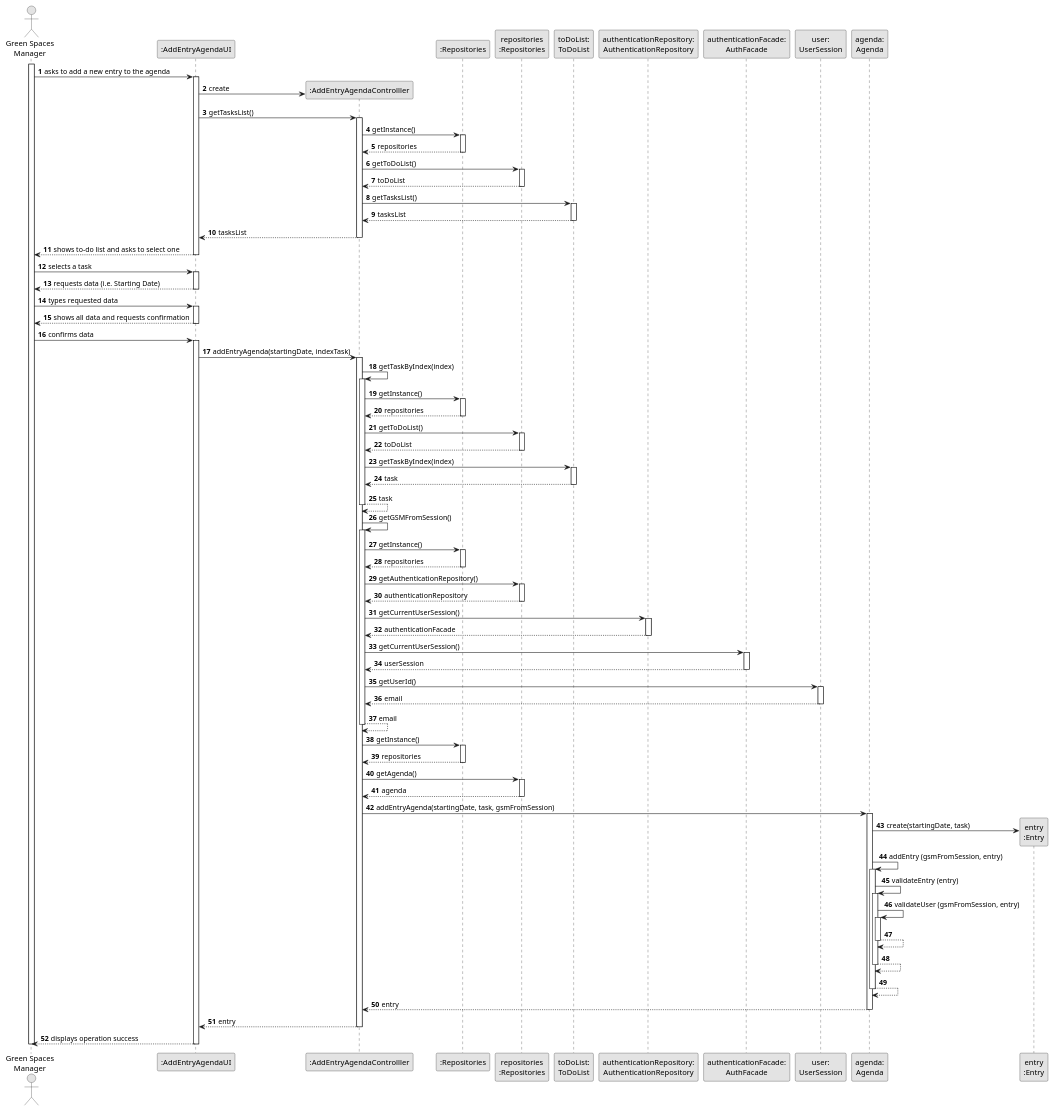
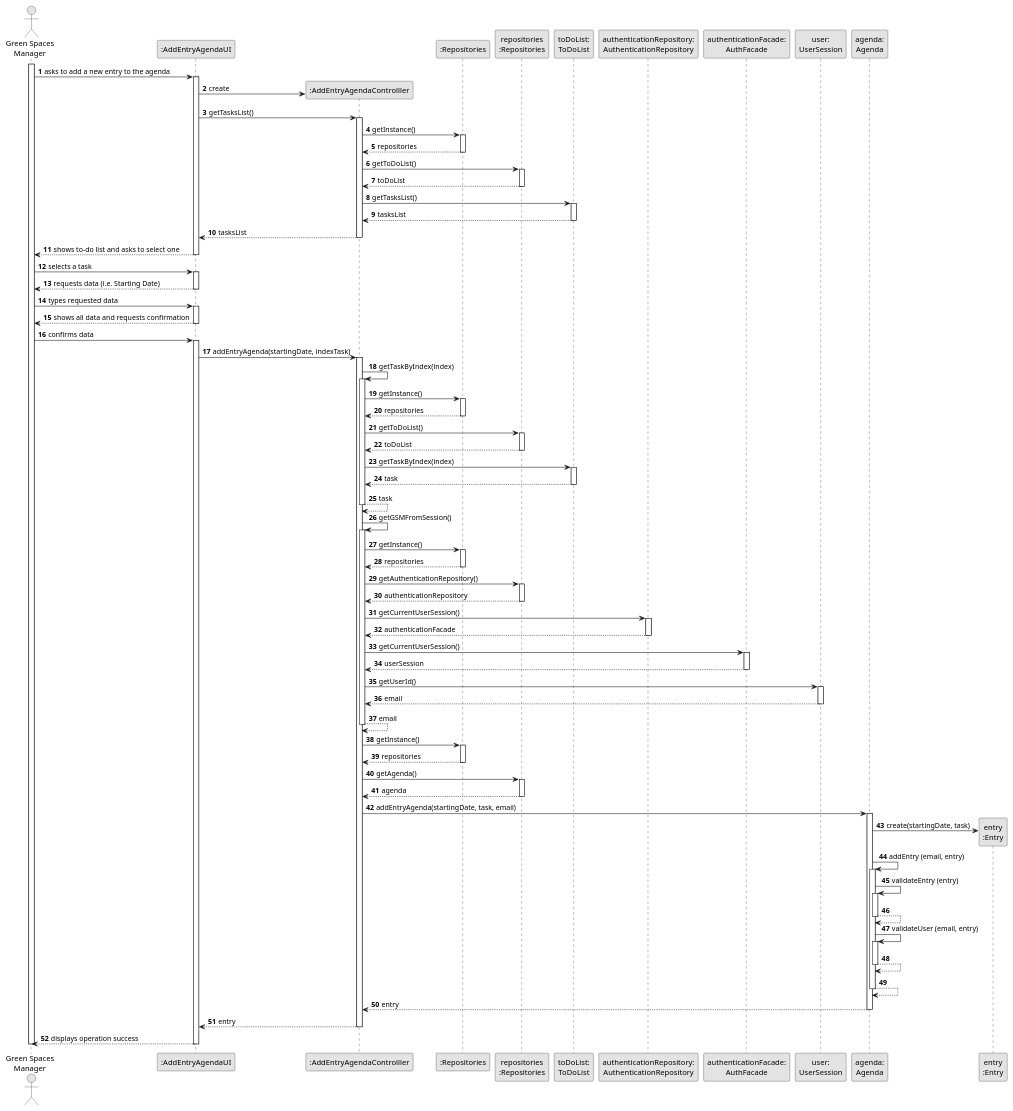
One commit to daniel41silva05/ISEP_2023_2024_LAPR2 changed the diagram in docs/sprintA&B&C/us022/03.design/puml/us022-sequence-diagram-full.puml. Above: the diagram before and after it, drawn with PlantUML. The commit also changed 8 other files, not shown here.

Commit message:
US23 - Sequence Diagram Full #11

```diff
--- a/docs/sprintA&B&C/us022/03.design/puml/us022-sequence-diagram-full.puml
+++ b/docs/sprintA&B&C/us022/03.design/puml/us022-sequence-diagram-full.puml
@@ -1,179 +1,179 @@
 @startuml
 skinparam monochrome true
 skinparam packageStyle rectangle
 skinparam shadowing false
 
 autonumber
 
 'hide footbox
 actor "Green Spaces\nManager" as GSM
 participant ":AddEntryAgendaUI" as UI
 participant ":AddEntryAgendaControlller" as CTRL
 participant ":Repositories" as REP
 participant "repositories\n:Repositories" as REPS
 participant "toDoList:\nToDoList" as toDoList
 participant "authenticationRepository:\nAuthenticationRepository" as authentication
 participant "authenticationFacade:\nAuthFacade" as authFacade
 participant "user:\nUserSession" as user
 participant "agenda:\nAgenda" as agenda
 participant "entry\n:Entry" as ENTRY
 
 activate GSM
 
     GSM -> UI : asks to add a new entry to the agenda
     activate UI
 
         UI -> CTRL** : create
 
         UI -> CTRL : getTasksList()
         activate CTRL
 
             CTRL -> REP : getInstance()
             activate REP
 
             REP --> CTRL: repositories
             deactivate REP
 
             CTRL -> REPS : getToDoList()
             activate REPS
 
             REPS --> CTRL: toDoList
             deactivate REPS
 
             CTRL -> toDoList: getTasksList()
             activate toDoList
 
             toDoList --> CTRL : tasksList
             deactivate toDoList
 
             CTRL --> UI : tasksList
             deactivate CTRL
 
     UI --> GSM : shows to-do list and asks to select one
     deactivate UI
 
     GSM -> UI : selects a task
     activate UI
 
     UI --> GSM : requests data (i.e. Starting Date)
     deactivate UI
 
     GSM -> UI : types requested data
     activate UI
 
     UI --> GSM : shows all data and requests confirmation
     deactivate UI
 
     GSM -> UI : confirms data
     activate UI
 
         UI -> CTRL: addEntryAgenda(startingDate, indexTask)
         activate CTRL
 
             CTRL -> CTRL: getTaskByIndex(index)
             activate CTRL
 
             CTRL -> REP: getInstance()
             activate REP
 
             REP --> CTRL: repositories
             deactivate REP
 
             CTRL -> REPS: getToDoList()
             activate REPS
 
             REPS --> CTRL: toDoList
             deactivate REPS
 
             CTRL -> toDoList: getTaskByIndex(index)
             activate toDoList
 
             toDoList --> CTRL: task
             deactivate toDoList
 
             CTRL --> CTRL: task
             deactivate CTRL
 
             CTRL -> CTRL: getGSMFromSession()
             activate CTRL
 
             CTRL -> REP: getInstance()
             activate REP
 
             REP --> CTRL: repositories
             deactivate REP
 
             CTRL -> REPS: getAuthenticationRepository()
             activate REPS
 
             REPS --> CTRL: authenticationRepository
             deactivate REPS
 
             CTRL -> authentication: getCurrentUserSession()
             activate authentication
 
             authentication --> CTRL: authenticationFacade
             deactivate authentication
 
             CTRL -> authFacade: getCurrentUserSession()
             activate authFacade
 
             authFacade --> CTRL: userSession
             deactivate authFacade
 
             CTRL -> user: getUserId()
             activate user
 
             user --> CTRL: email
             deactivate user
 
             CTRL --> CTRL: email
             deactivate CTRL
 
             CTRL -> REP: getInstance()
             activate REP
 
             REP --> CTRL: repositories
             deactivate REP
 
             CTRL -> REPS: getAgenda()
             activate REPS
 
             REPS --> CTRL: agenda
             deactivate REPS
 
-            CTRL -> agenda: addEntryAgenda(startingDate, task, gsmFromSession)
+            CTRL -> agenda: addEntryAgenda(startingDate, task, email)
             activate agenda
 
                 agenda -> ENTRY** : create(startingDate, task)
 
-                agenda -> agenda: addEntry (gsmFromSession, entry)
+                agenda -> agenda: addEntry (email, entry)
                 activate agenda
 
                 agenda -> agenda: validateEntry (entry)
                 activate agenda
 
-                agenda -> agenda: validateUser (gsmFromSession, entry)
-                activate agenda
-
                 agenda --> agenda
                 deactivate agenda
+
+                agenda -> agenda: validateUser (email, entry)
+                activate agenda
 
                 agenda --> agenda
                 deactivate agenda
 
                 agenda --> agenda
                 deactivate agenda
 
             agenda --> CTRL: entry
             deactivate agenda
 
         CTRL --> UI: entry
         deactivate CTRL
 
     UI --> GSM: displays operation success
     deactivate UI
 
 deactivate GSM
 
 @enduml
```
